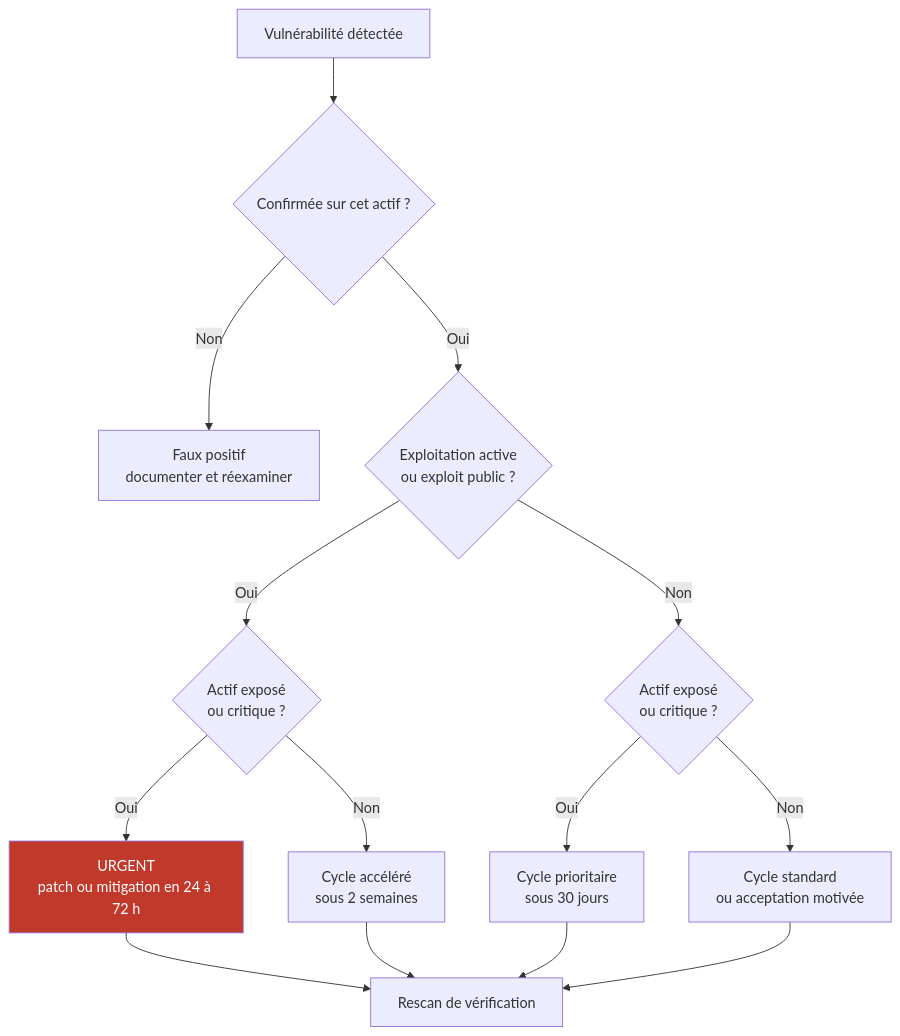
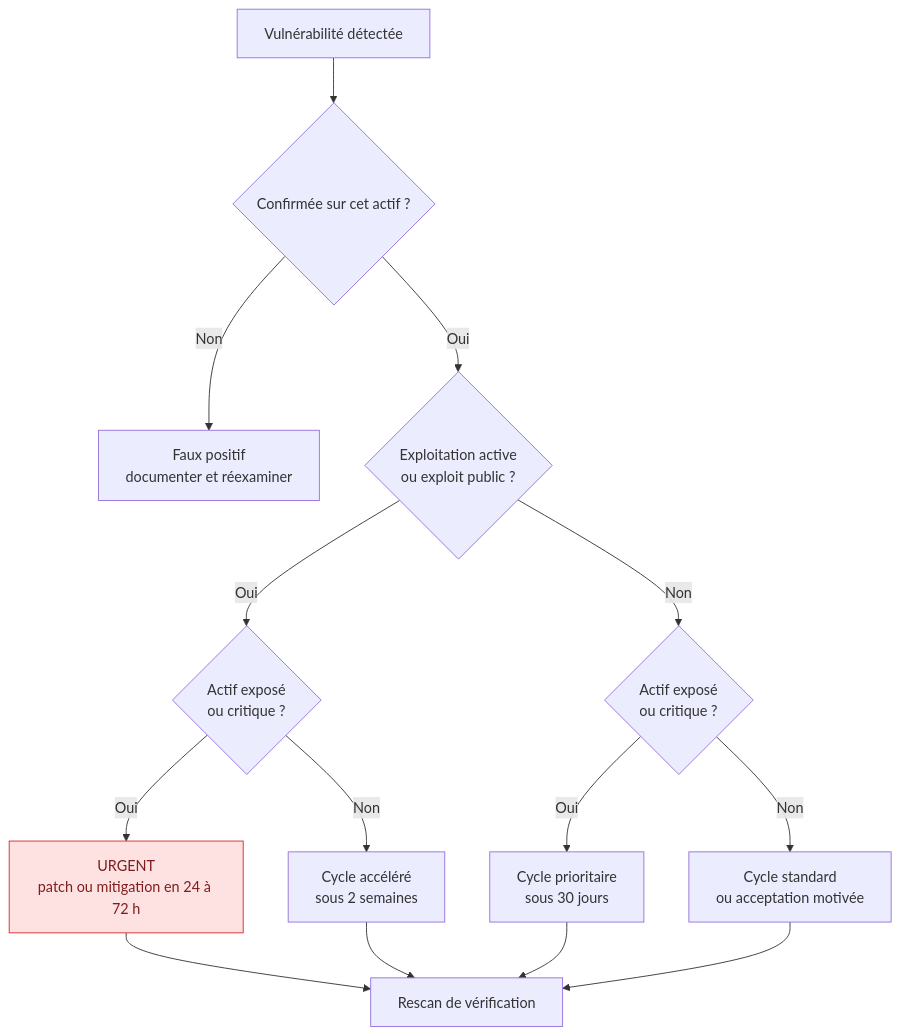
One commit to Gooseppr/GevOps_LC changed the diagram in courses/reseaux-cybersecurite/21_vulnerabilites_cve.md. Above: the diagram before and after it, drawn with Mermaid. The commit also changed 56 other files, not shown here.

````diff
--- a/courses/reseaux-cybersecurite/21_vulnerabilites_cve.md
+++ b/courses/reseaux-cybersecurite/21_vulnerabilites_cve.md
@@ -243,17 +243,17 @@
 ```mermaid
 flowchart TD
     A["Vulnérabilité détectée"] --> B{"Confirmée sur cet actif ?"}
     B -->|Non| C["Faux positif<br/>documenter et réexaminer"]
     B -->|Oui| D{"Exploitation active<br/>ou exploit public ?"}
     D -->|Oui| E{"Actif exposé<br/>ou critique ?"}
     D -->|Non| F{"Actif exposé<br/>ou critique ?"}
     E -->|Oui| G["URGENT<br/>patch ou mitigation en 24 à 72 h"]
     E -->|Non| H["Cycle accéléré<br/>sous 2 semaines"]
     F -->|Oui| I["Cycle prioritaire<br/>sous 30 jours"]
     F -->|Non| J["Cycle standard<br/>ou acceptation motivée"]
     G --> K["Rescan de vérification"]
     H --> K
     I --> K
     J --> K
-    style G fill:#c0392b,color:#ffffff
+    style G fill:#fee2e2,stroke:#dc2626,color:#7f1d1d
 ```
````
